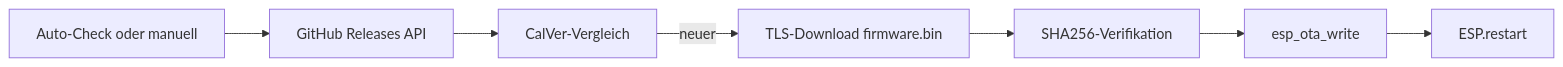
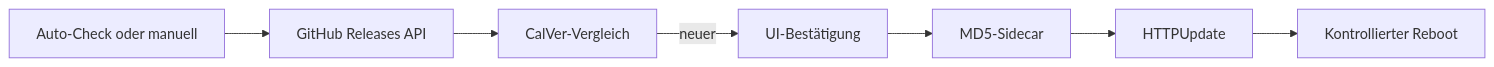
One commit to EyJunge1/chaya2mqtt changed the diagram in docs/OTA.md. Above: the diagram before and after it, drawn with Mermaid. The commit also changed other lines of this file and 29 other files, not shown here.

First line of the commit message:
Update OTA process to use MD5 for firmware verification and enhance related documentation

````diff
--- a/docs/OTA.md
+++ b/docs/OTA.md
@@ -7,17 +7,17 @@
 ```mermaid
 flowchart LR
     trigger[Auto-Check oder manuell]
     github[GitHub Releases API]
     calver[CalVer-Vergleich]
-    download[TLS-Download firmware.bin]
-    sha256[SHA256-Verifikation]
-    flash[esp_ota_write]
-    reboot[ESP.restart]
+    confirm[UI-Bestätigung]
+    md5[MD5-Sidecar]
+    httpUpdate[HTTPUpdate]
+    reboot[Kontrollierter Reboot]
 
     trigger --> github
     github --> calver
-    calver -->|neuer| download
-    download --> sha256
-    sha256 --> flash
-    flash --> reboot
+    calver -->|neuer| confirm
+    confirm --> md5
+    md5 --> httpUpdate
+    httpUpdate --> reboot
 ```
````
